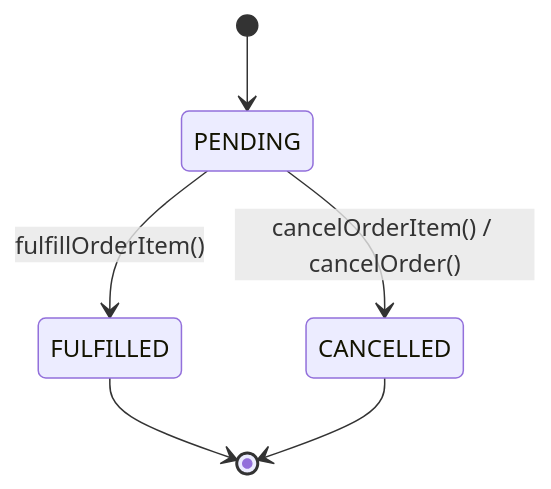
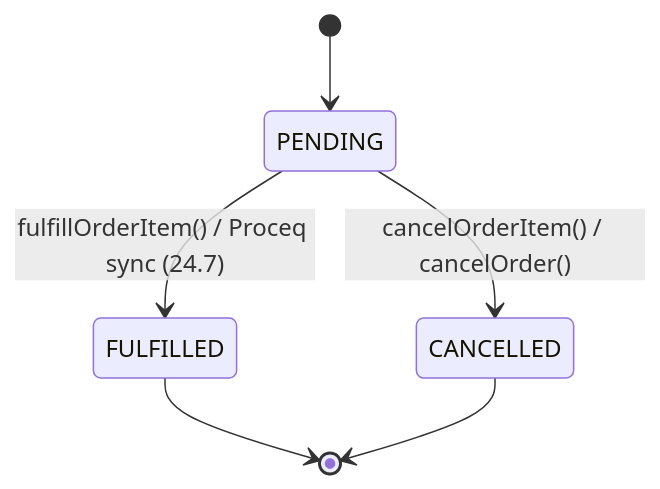
Before and after one commit to omikking/iot-device: diagram 19 of 22 in docs/techinal-design-document.md, drawn with Mermaid. The commit also changed other lines of this file and 50 other files, not shown here.

````diff
--- a/docs/techinal-design-document.md
+++ b/docs/techinal-design-document.md
@@ -1438,8 +1471,8 @@
 ```mermaid
 stateDiagram-v2
     [*] --> PENDING
-    PENDING --> FULFILLED : fulfillOrderItem()
+    PENDING --> FULFILLED : fulfillOrderItem() / Proceq sync (24.7)
     PENDING --> CANCELLED : cancelOrderItem() / cancelOrder()
     FULFILLED --> [*]
     CANCELLED --> [*]
 ```
````
